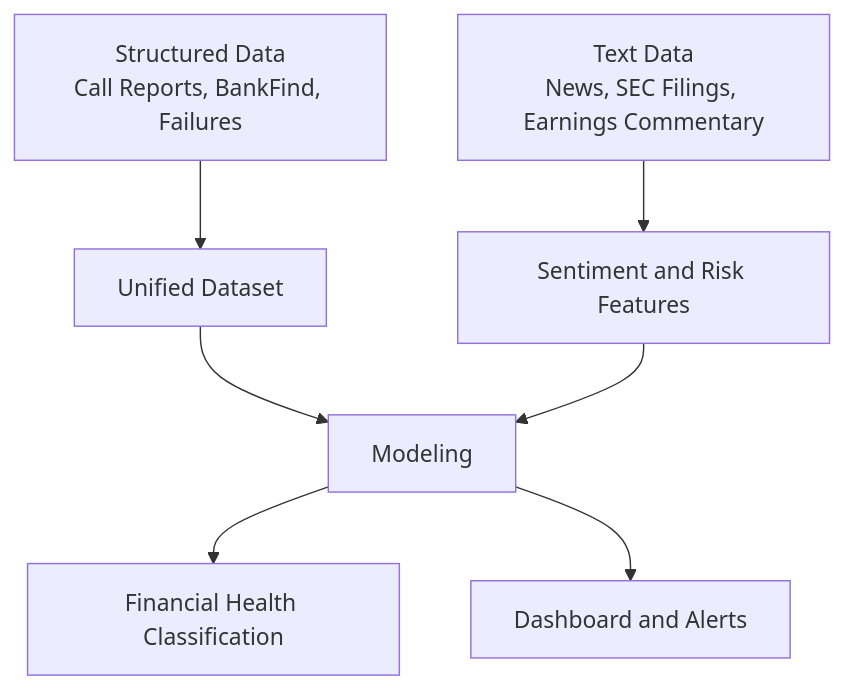
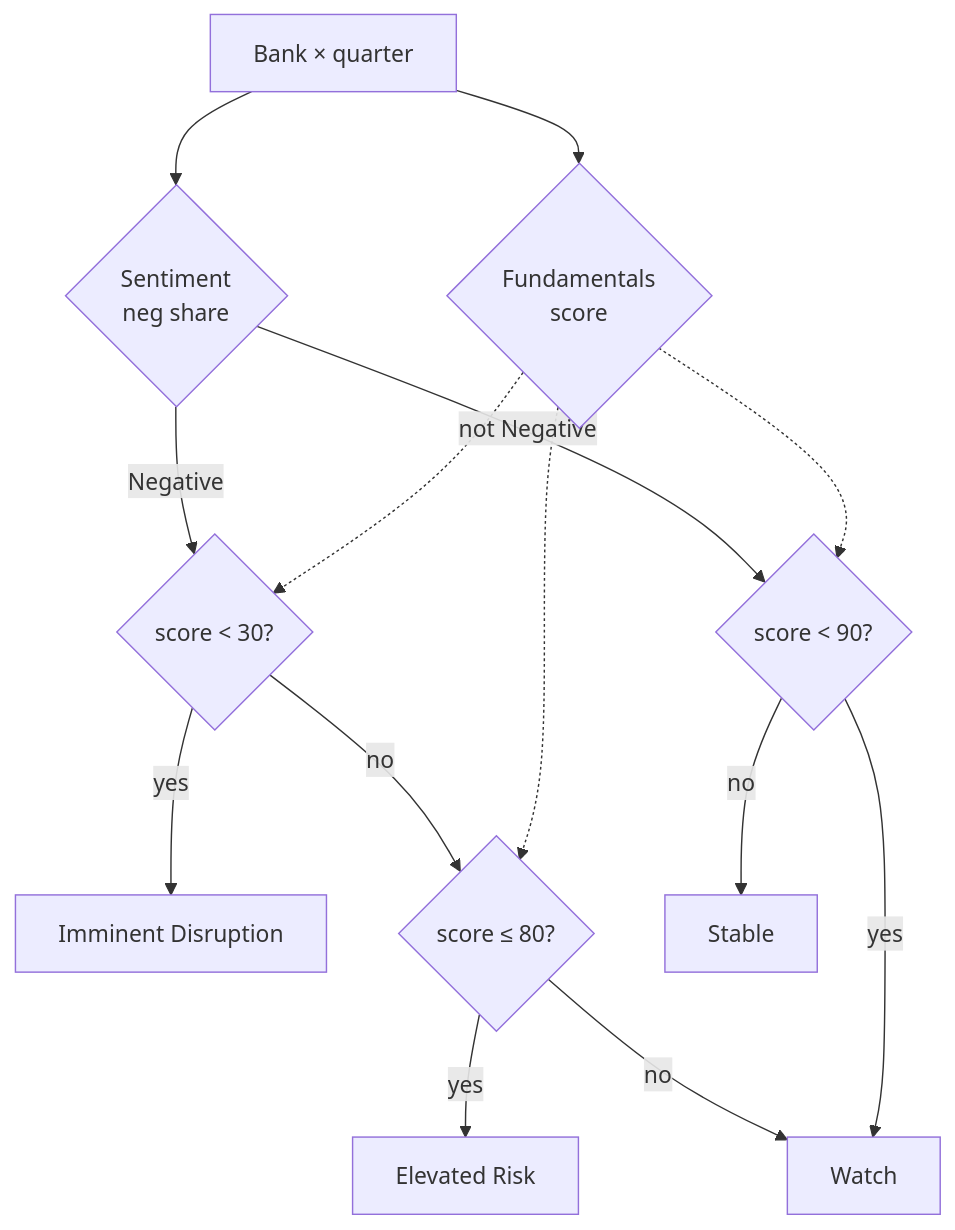
One commit to HOSH19/PNC_Capstone changed the second of 4 diagrams in README.md. Above: the diagram before and after it, drawn with Mermaid. The commit also changed other lines of this file, not shown here.

````diff
--- a/README.md
+++ b/README.md
@@ -10,9 +53,19 @@
 ```mermaid
 flowchart TD
-    A[Structured Data<br/>Call Reports, BankFind, Failures] --> D[Unified Dataset]
-    B[Text Data<br/>News, SEC Filings, Earnings Commentary] --> C[Sentiment and Risk Features]
-    D --> E[Modeling]
-    C --> E
-    E --> F[Financial Health Classification]
-    E --> G[Dashboard and Alerts]
+    A[Bank × quarter] --> B{Fundamentals<br/>score}
+    A --> C{Sentiment<br/>neg share}
+
+    C -->|Negative| D{score < 30?}
+    D -->|yes| T4[Imminent Disruption]
+    D -->|no| E{score ≤ 80?}
+    E -->|yes| T3[Elevated Risk]
+    E -->|no| T2[Watch]
+
+    C -->|not Negative| F{score < 90?}
+    F -->|yes| T2
+    F -->|no| T1[Stable]
+
+    B -.-> D
+    B -.-> E
+    B -.-> F
 ```
````
